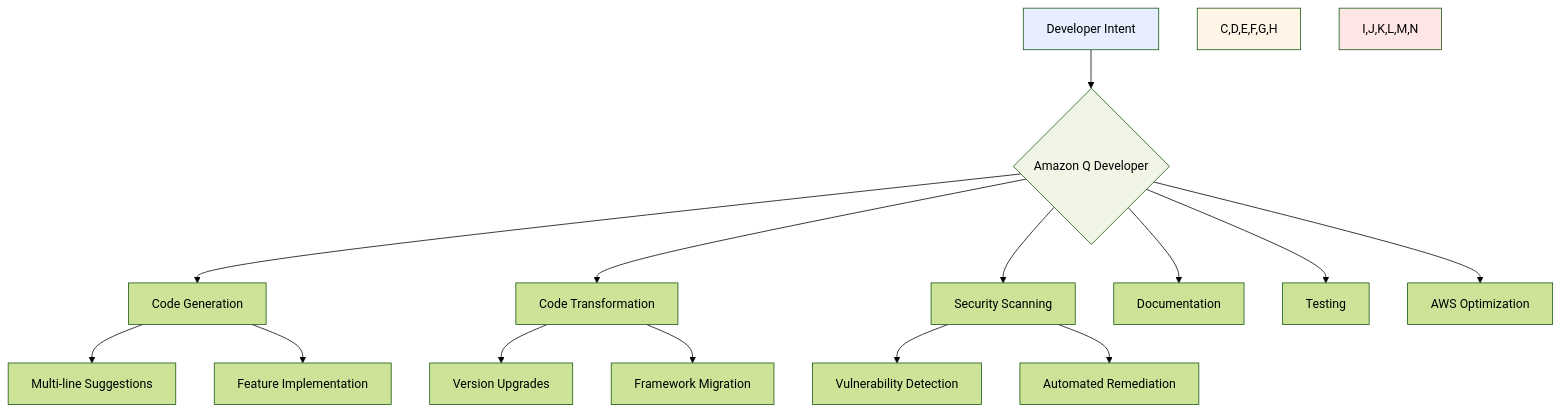
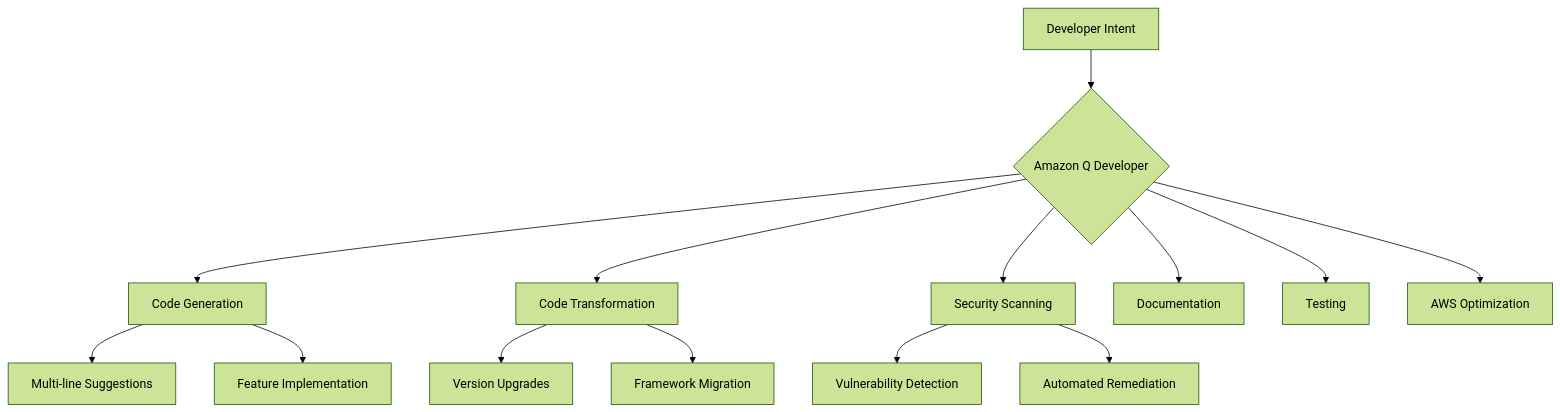
Before and after one commit to CloudCityPress/aws-aif-c01: the diagram in english/20_50_Amazon_Q_Developer.md, drawn with Mermaid (forest theme). The commit also changed 16 other files, not shown here.

Commit message:
updating Mermaids

````diff
--- a/english/20_50_Amazon_Q_Developer.md
+++ b/english/20_50_Amazon_Q_Developer.md
@@ -37,24 +37,20 @@
 ```mermaid
 flowchart TD
     A[Developer Intent] --> B{Amazon Q Developer}
     B --> C[Code Generation]
     B --> D[Code Transformation]
     B --> E[Security Scanning]
     B --> F[Documentation]
     B --> G[Testing]
     B --> H[AWS Optimization]
     
     C --> I[Multi-line Suggestions]
     C --> J[Feature Implementation]
     
     D --> K[Version Upgrades]
     D --> L[Framework Migration]
     
     E --> M[Vulnerability Detection]
     E --> N[Automated Remediation]
-    
-    style A fill:#e6eeff
-    style B fill:#f0f5e6
-    style C,D,E,F,G,H fill:#fff5e6
-    style I,J,K,L,M,N fill:#ffe6e6
+
 ```
````
